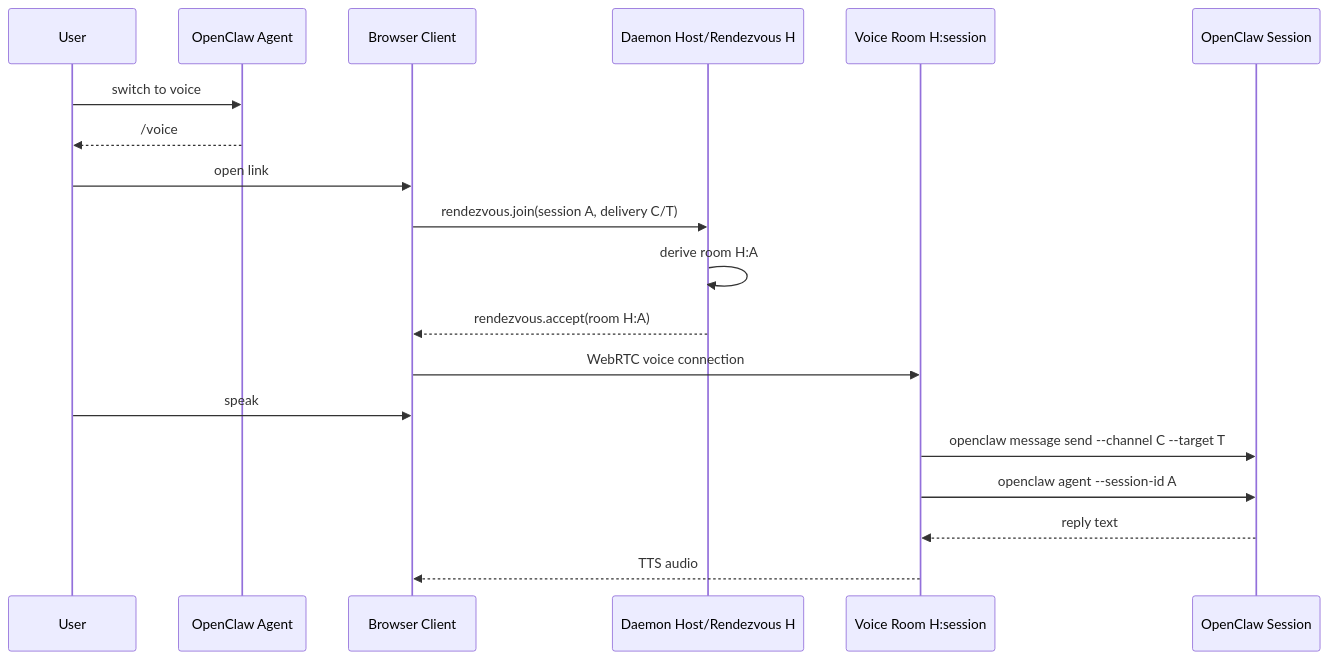
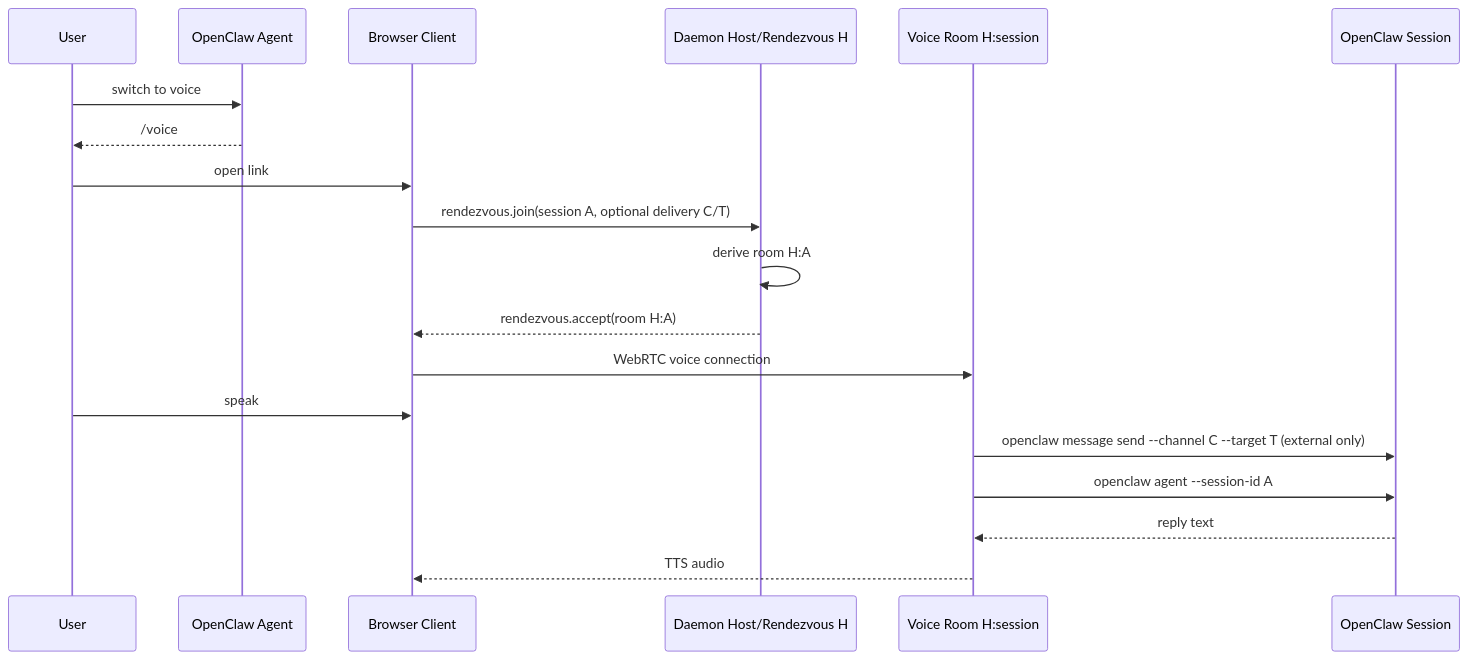
The diagram in docs/voice-handoff.md (davidguttman/clawkie-talkie), drawn with Mermaid before and after one commit. The commit also changed other lines of this file and 8 other files, not shown here.

Commit message:
fix: allow session-only voice handoff

````diff
--- a/docs/voice-handoff.md
+++ b/docs/voice-handoff.md
@@ -78,22 +91,22 @@
 ```mermaid
 sequenceDiagram
   participant User
   participant Agent as OpenClaw Agent
   participant Phone as Browser Client
   participant Host as Daemon Host/Rendezvous H
   participant Room as Voice Room H:session
   participant OC as OpenClaw Session
 
   User->>Agent: switch to voice
   Agent-->>User: /voice#host=H&session=A&channel=C&target=T
   User->>Phone: open link
-  Phone->>Host: rendezvous.join(session A, delivery C/T)
+  Phone->>Host: rendezvous.join(session A, optional delivery C/T)
   Host->>Host: derive room H:A
   Host-->>Phone: rendezvous.accept(room H:A)
   Phone->>Room: WebRTC voice connection
   User->>Phone: speak
-  Room->>OC: openclaw message send --channel C --target T
+  Room->>OC: openclaw message send --channel C --target T (external only)
   Room->>OC: openclaw agent --session-id A
   OC-->>Room: reply text
   Room-->>Phone: TTS audio
 ```
````
